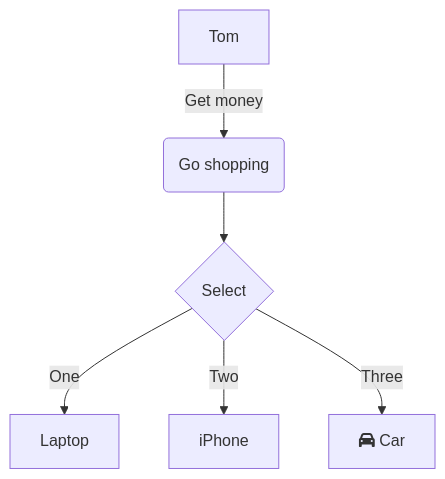
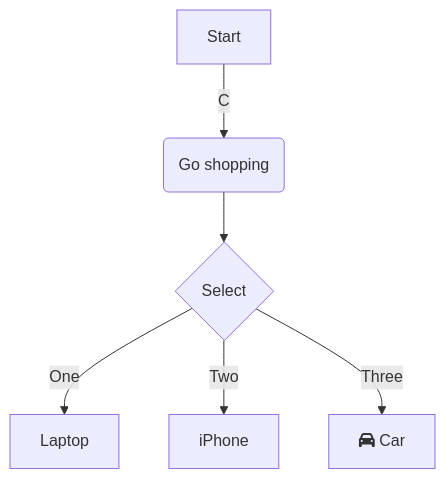
One commit to HaleyCoder/iodraw-files changed the diagram in all/未命名.md. Above: the diagram before and after it, drawn with Mermaid.

Commit message:
2024-08-29 14:32:37 update

````diff
--- a/all/未命名.md
+++ b/all/未命名.md
@@ -1,9 +1,9 @@
 ```mermaid
 graph TD
-    A[Tom] -->|Get money| B(Go shopping)
+    A[Start] -->|C| B(Go shopping)
     B --> C{Select}
     C -->|One| D[Laptop]
     C -->|Two| E[iPhone]
     C -->|Three| F[fa:fa-car Car]
   
 ```
````
